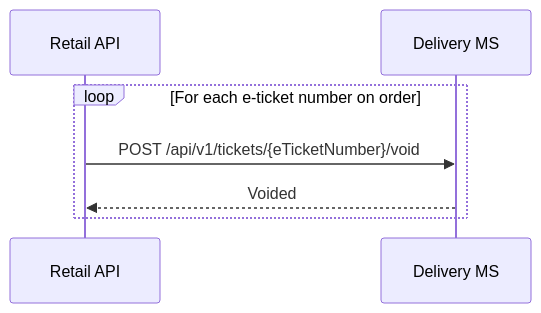
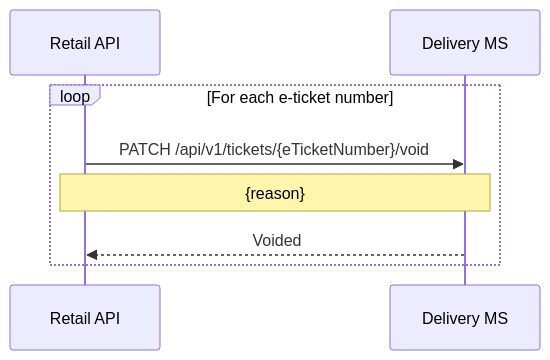
Before and after one commit to sebharvey/airline-reservation-system: the fifth of 13 diagrams in documentation/sequences/delivery.md, drawn with Mermaid. The commit also changed other lines of this file and 11 other files, not shown here.

````diff
--- a/documentation/sequences/delivery.md
+++ b/documentation/sequences/delivery.md
@@ -83,10 +108,11 @@
 ```mermaid
 sequenceDiagram
     participant RetailAPI as Retail API
     participant DeliveryMS as Delivery MS
 
-    loop For each e-ticket number on order
-        RetailAPI->>DeliveryMS: POST /api/v1/tickets/{eTicketNumber}/void
+    loop For each e-ticket number
+        RetailAPI->>DeliveryMS: PATCH /api/v1/tickets/{eTicketNumber}/void
+        Note over RetailAPI,DeliveryMS: {reason}
         DeliveryMS-->>RetailAPI: Voided
     end
 ```
````
